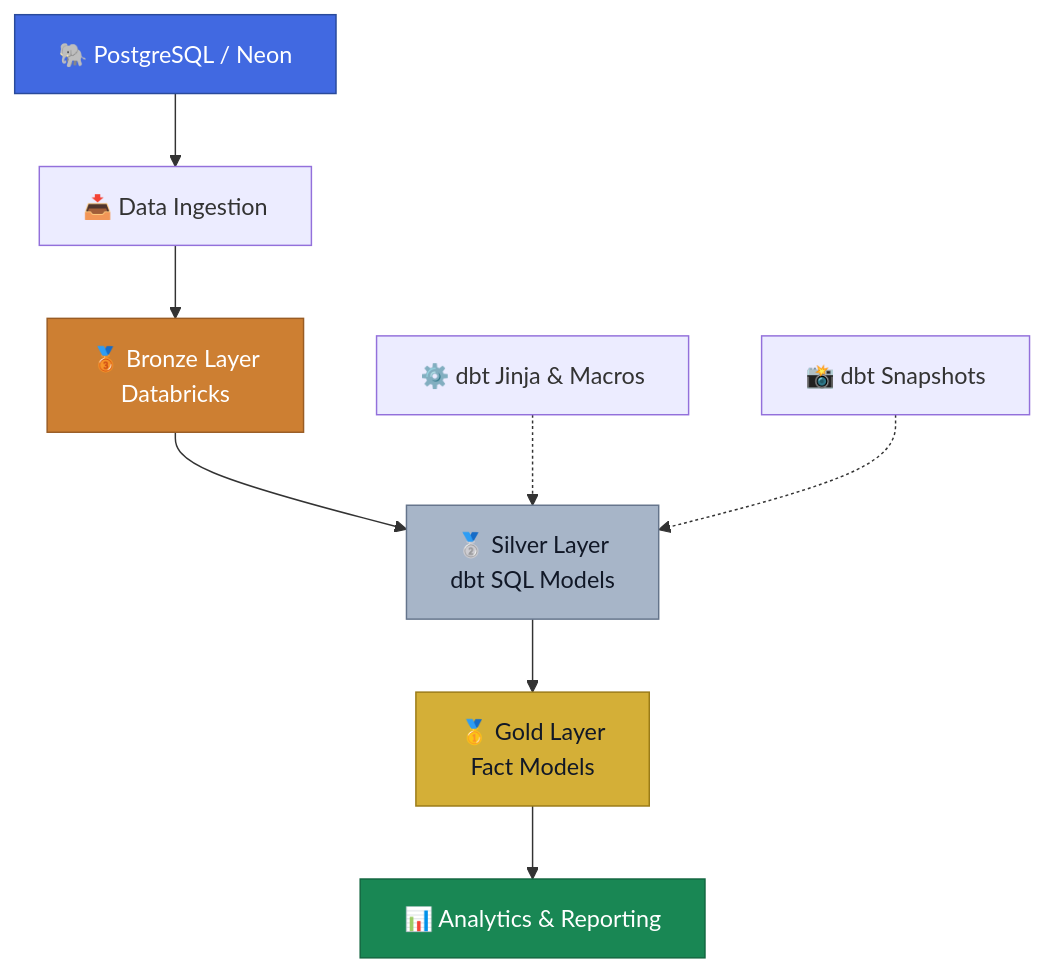
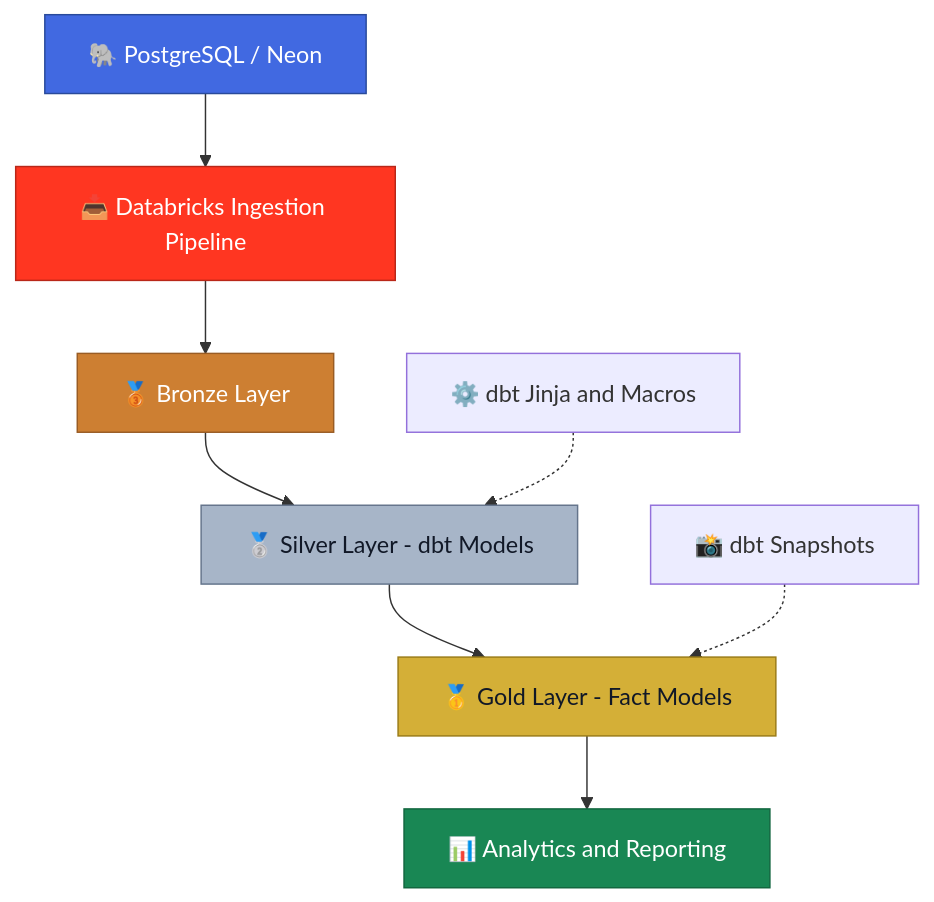
Before and after one commit to Akash3405/Catu_Walmart_Data_Engineering: the diagram in README.md, drawn with Mermaid. The commit also changed other lines of this file and 1 other file, not shown here.

Commit message:
Update Walmart dbt project README

````diff
--- a/README.md
+++ b/README.md
@@ -50,17 +51,18 @@
 ```mermaid
 flowchart TD
-    A["🐘 PostgreSQL / Neon"] --> B["📥 Data Ingestion"]
-    B --> C["🥉 Bronze Layer<br/>Databricks"]
-    C --> D["🥈 Silver Layer<br/>dbt SQL Models"]
-    D --> E["🥇 Gold Layer<br/>Fact Models"]
-    E --> F["📊 Analytics & Reporting"]
+    A["🐘 PostgreSQL / Neon"] --> B["📥 Databricks Ingestion Pipeline"]
+    B --> C["🥉 Bronze Layer"]
+    C --> D["🥈 Silver Layer - dbt Models"]
+    D --> E["🥇 Gold Layer - Fact Models"]
+    E --> F["📊 Analytics and Reporting"]
 
-    G["⚙️ dbt Jinja & Macros"] -.-> D
-    H["📸 dbt Snapshots"] -.-> D
+    G["⚙️ dbt Jinja and Macros"] -.-> D
+    H["📸 dbt Snapshots"] -.-> E
 
     style A fill:#4169E1,color:#ffffff,stroke:#294A9B
+    style B fill:#FF3621,color:#ffffff,stroke:#B92718
     style C fill:#CD7F32,color:#ffffff,stroke:#995C24
     style D fill:#A7B5C8,color:#111827,stroke:#64748B
     style E fill:#D4AF37,color:#111827,stroke:#9A7B17
     style F fill:#198754,color:#ffffff,stroke:#12663F
 ```
````
